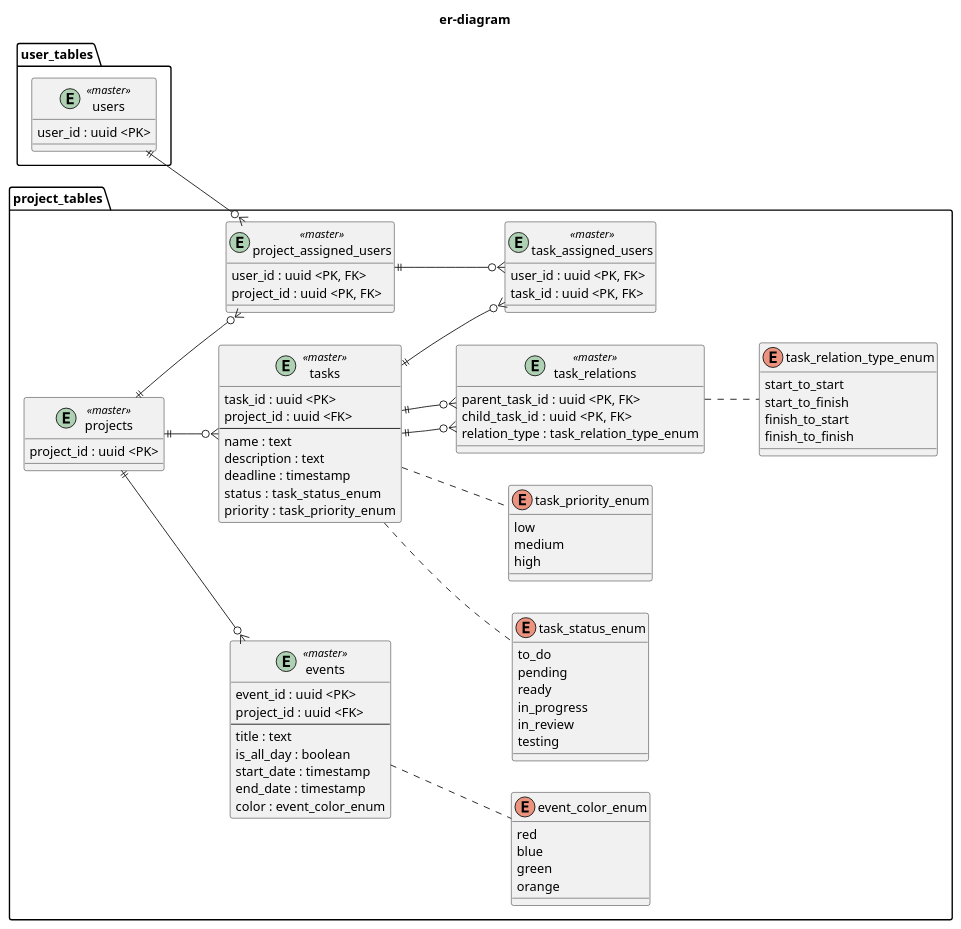
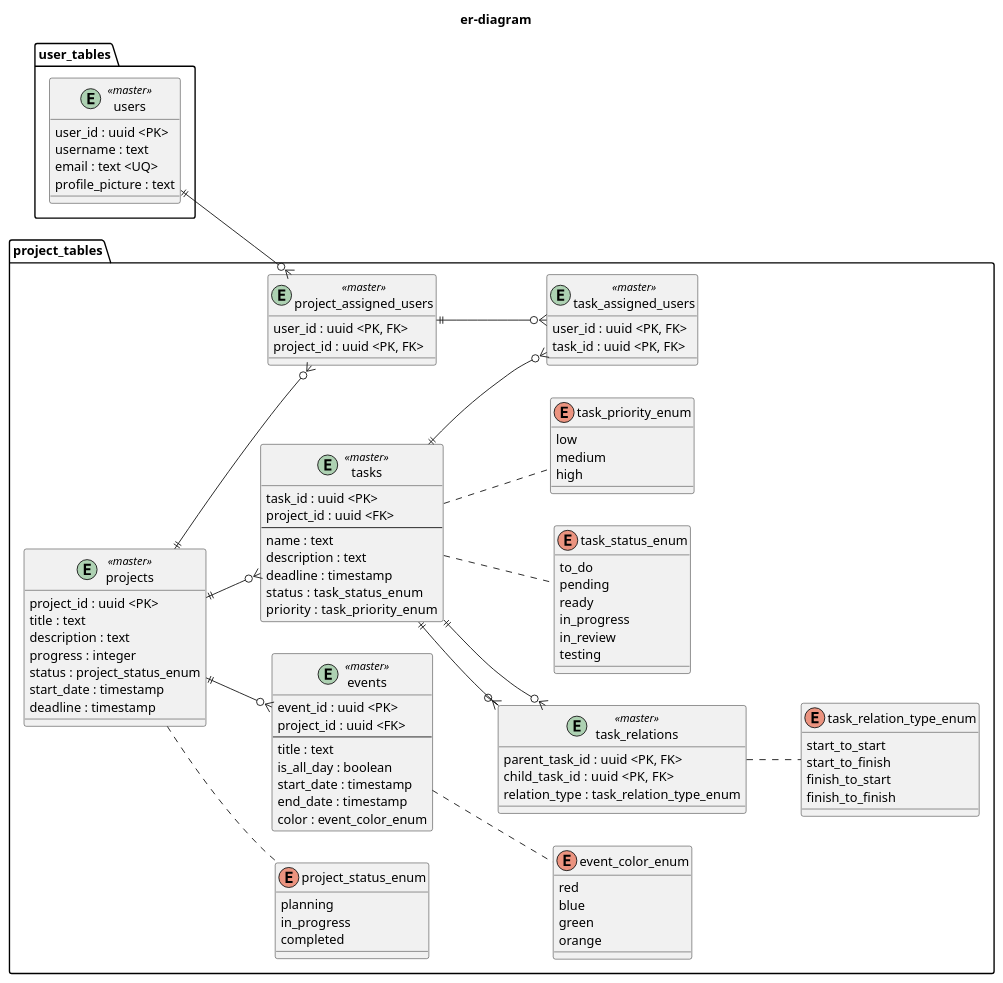
One commit to KaungSetLinn/FlowMatic changed the diagram in doc/backend/er-diagram/er-diagram.pu. Above: the diagram before and after it, drawn with PlantUML. The commit also changed 1 other file, not shown here.

Commit message:
Add project API documentation and new attributes to project entity (#14)
* add: プロジェクトAPIエンドポイントの仕様書を追加

* add: プロジェクトエンティティに新しい属性とステータス列挙型を追加

* add: ユーザーエンティティに属性を追加

* #16 PR対応

```diff
--- a/doc/backend/er-diagram/er-diagram.pu
+++ b/doc/backend/er-diagram/er-diagram.pu
@@ -1,91 +1,106 @@
 @startuml er-diagram
 
 left to right direction
 
 title er-diagram
 
 package user_tables {
     entity users <<master>>{
-        user_id : uuid <PK>
+    user_id : uuid <PK>
+    username : text
+    email : text <UQ>
+    profile_picture : text
     }
 }
 
 package project_tables {
     entity projects <<master>>{
         project_id : uuid <PK>
+        title : text
+        description : text
+        progress : integer
+        status : project_status_enum
+        start_date : timestamp
+        deadline : timestamp
+    }
+    enum project_status_enum {
+        planning
+        in_progress
+        completed
     }
     entity project_assigned_users <<master>>{
         user_id : uuid <PK, FK>
         project_id : uuid <PK, FK>
     }
     entity tasks <<master>>{
         task_id : uuid <PK>
         project_id : uuid <FK>
         ---
         name : text
         description : text
         deadline : timestamp
         status :  task_status_enum
         priority :  task_priority_enum
     }
     enum  task_status_enum {
         to_do
         pending
         ready
         in_progress
         in_review
         testing
     }
     enum  task_priority_enum {
         low
         medium
         high
     }
     entity task_assigned_users <<master>>{
         user_id : uuid <PK, FK>
         task_id : uuid <PK, FK>
     }
     entity task_relations <<master>>{
         parent_task_id : uuid <PK, FK>
         child_task_id  : uuid <PK, FK>
         relation_type : task_relation_type_enum
     }
     enum task_relation_type_enum {
         start_to_start
         start_to_finish
         finish_to_start
         finish_to_finish
     }
     entity events <<master>>{
         event_id : uuid <PK>
         project_id : uuid <FK>
         ---
         title : text
         is_all_day : boolean
         start_date : timestamp
         end_date : timestamp
         color : event_color_enum
     }
     enum event_color_enum {
         red
         blue
         green
         orange
     }
 
     projects ||--o{ project_assigned_users
     project_assigned_users ||--o{ task_assigned_users
     projects ||--o{ tasks
     tasks ||--o{ task_relations
     tasks ||--o{ task_relations
     task_relations .. task_relation_type_enum
     tasks ..  task_priority_enum
     tasks ..  task_status_enum
     tasks ||--o{ task_assigned_users
+    projects .. project_status_enum
     projects ||--o{ events
     events .. event_color_enum
 }
 
 users ||--o{ project_assigned_users
 
 @enduml
```
